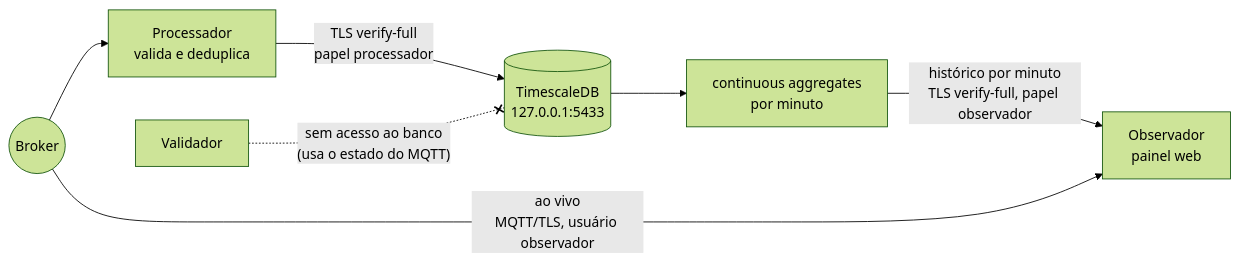
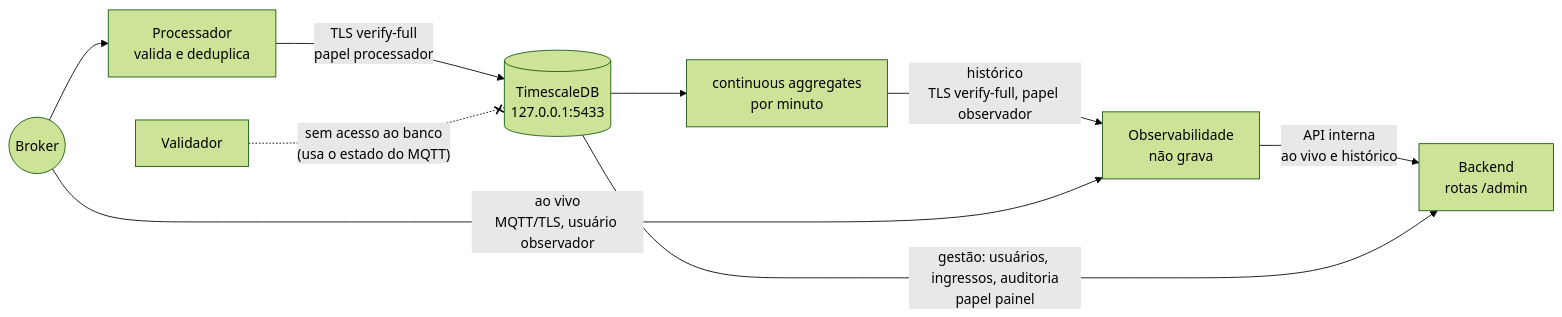
Before and after one commit to UFG-INF-SSU-2026/Leite-de-Pedra: the sixth of 8 diagrams in docs/ARQUITETURA.md, drawn with Mermaid (forest theme). The commit also changed other lines of this file and 1 other file, not shown here.

First line of the commit message:
docs: arquitetura com contrato, outbox, observabilidade e papéis

````diff
--- a/docs/ARQUITETURA.md
+++ b/docs/ARQUITETURA.md
@@ -289,9 +327,11 @@
 ```mermaid
 flowchart LR
     B(("Broker")) --> C["Processador<br/>valida e deduplica"]
     C -- "TLS verify-full<br/>papel processador" --> T[("TimescaleDB<br/>127.0.0.1:5433")]
     T --> AG["continuous aggregates<br/>por minuto"]
-    AG -- "histórico por minuto<br/>TLS verify-full, papel observador" --> O["Observador<br/>painel web"]
+    AG -- "histórico<br/>TLS verify-full, papel observador" --> O["Observabilidade<br/>não grava"]
     B -- "ao vivo<br/>MQTT/TLS, usuário observador" --> O
+    O -- "API interna<br/>ao vivo e histórico" --> K["Backend<br/>rotas /admin"]
+    T -- "gestão: usuários, ingressos, auditoria<br/>papel painel" --> K
     V["Validador"] -. "sem acesso ao banco<br/>(usa o estado do MQTT)" .-x T
 ```
````
